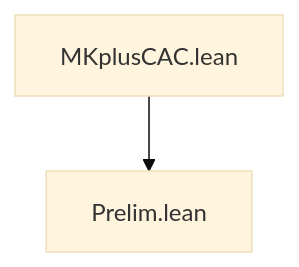
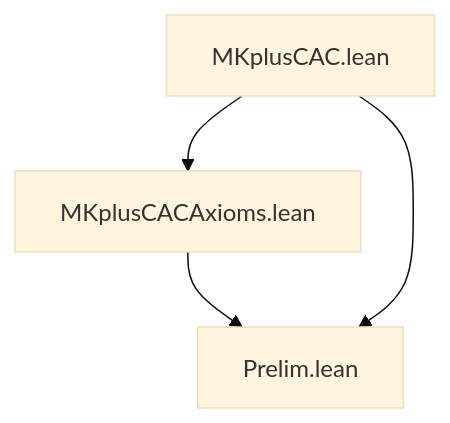
Before and after one commit to julian1c2a/MKplusCAC: the diagram in DEPENDENCIES.md, drawn with Mermaid (base theme). The commit also changed other lines of this file and 3 other files, not shown here.

````diff
--- a/DEPENDENCIES.md
+++ b/DEPENDENCIES.md
@@ -22,5 +18,9 @@
 ```mermaid
 graph TD
     P[Prelim.lean]
+    A[MKplusCACAxioms.lean]
+    
+    A --> P
     Z[MKplusCAC.lean] --> P
+    Z --> A
 ```
````
